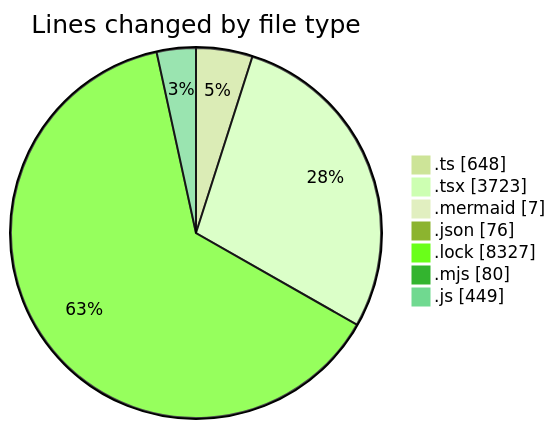
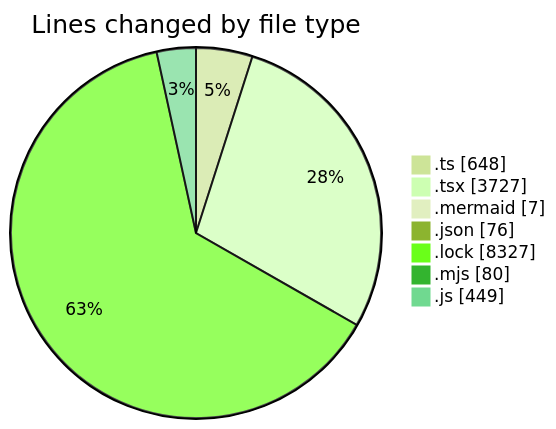
The first of 2 diagrams in 2026-09-08/cda/README.md (momahboobian/code-tracking), drawn with Mermaid (forest theme) before and after one commit. The commit also changed other lines of this file and 1 other file, not shown here.

````diff
--- a/2026-09-08/cda/README.md
+++ b/2026-09-08/cda/README.md
@@ -49,11 +49,11 @@
 ```mermaid
 pie showData
 title Lines changed by file type
 ".ts" : 648
-".tsx" : 3723
+".tsx" : 3727
 ".mermaid" : 7
 ".json" : 76
 ".lock" : 8327
 ".mjs" : 80
 ".js" : 449
 ```
````
